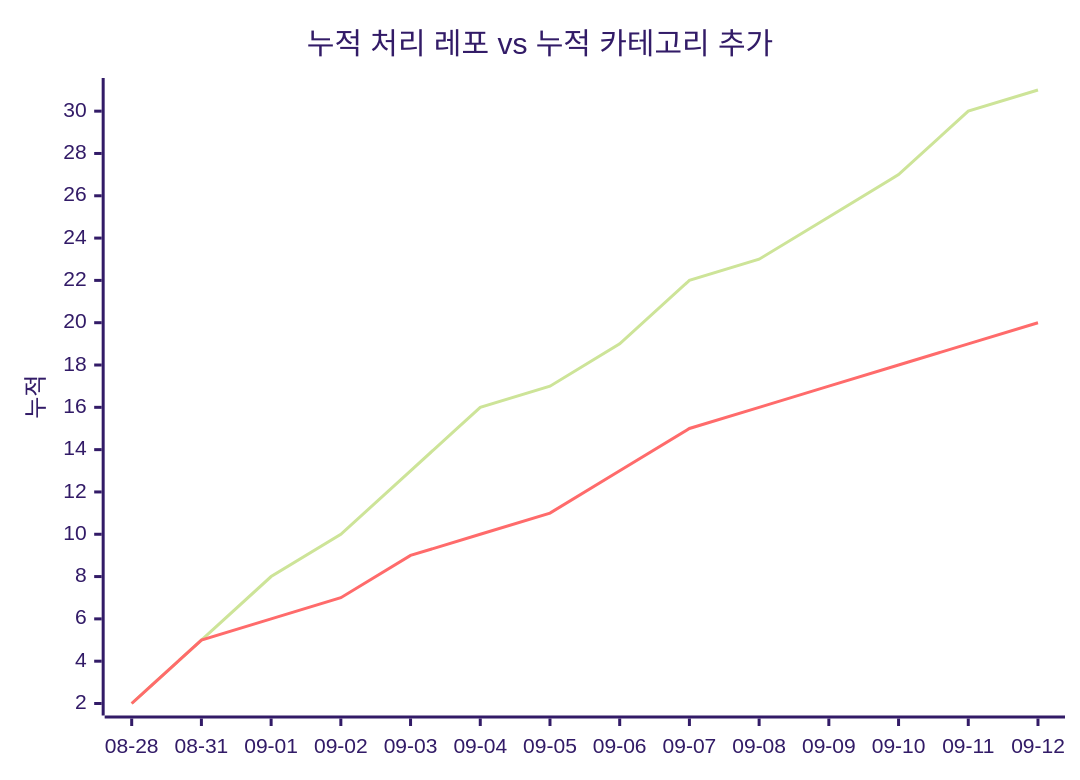
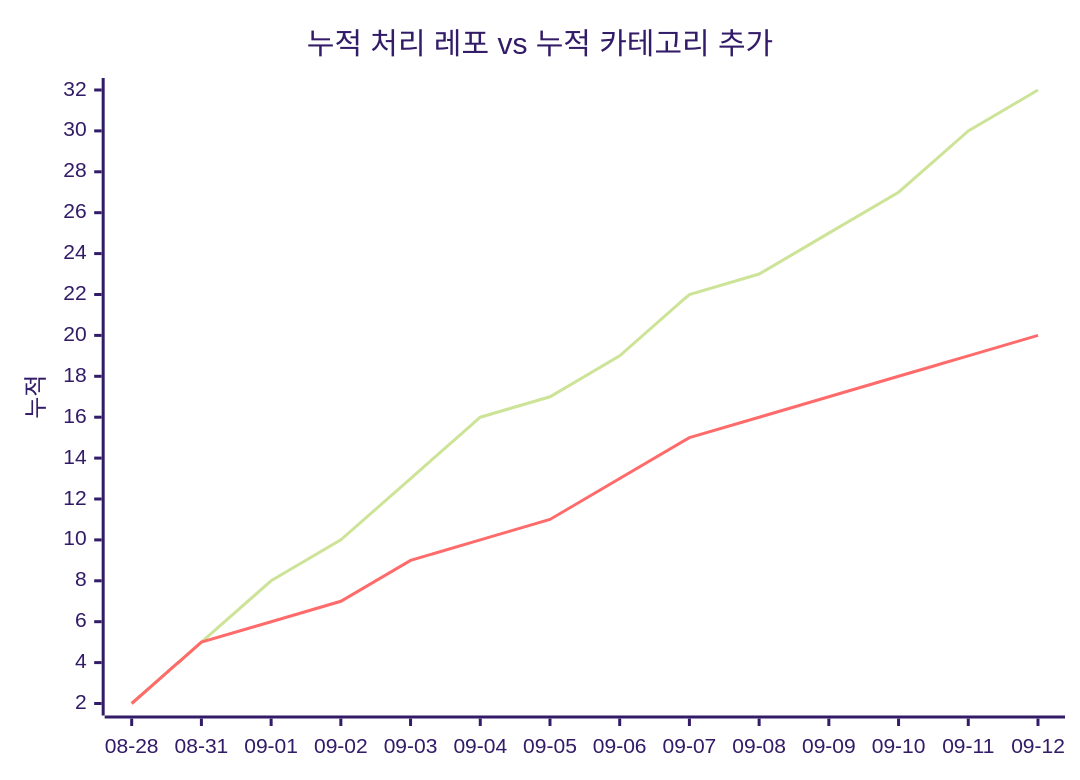
Before and after one commit to J-nowcow/awesome-korean-agent-skills: the second of 2 diagrams in docs/trends.md, drawn with Mermaid (forest theme). The commit also changed other lines of this file and 2 other files, not shown here.

````diff
--- a/docs/trends.md
+++ b/docs/trends.md
@@ -68,8 +68,8 @@
 ```mermaid
 xychart-beta
     title "누적 처리 레포 vs 누적 카테고리 추가"
     x-axis ["08-28","08-31","09-01","09-02","09-03","09-04","09-05","09-06","09-07","09-08","09-09","09-10","09-11","09-12"]
     y-axis "누적"
-    line [2,5,8,10,13,16,17,19,22,23,25,27,30,31]
+    line [2,5,8,10,13,16,17,19,22,23,25,27,30,32]
     line [2,5,6,7,9,10,11,13,15,16,17,18,19,20]
 ```
````
